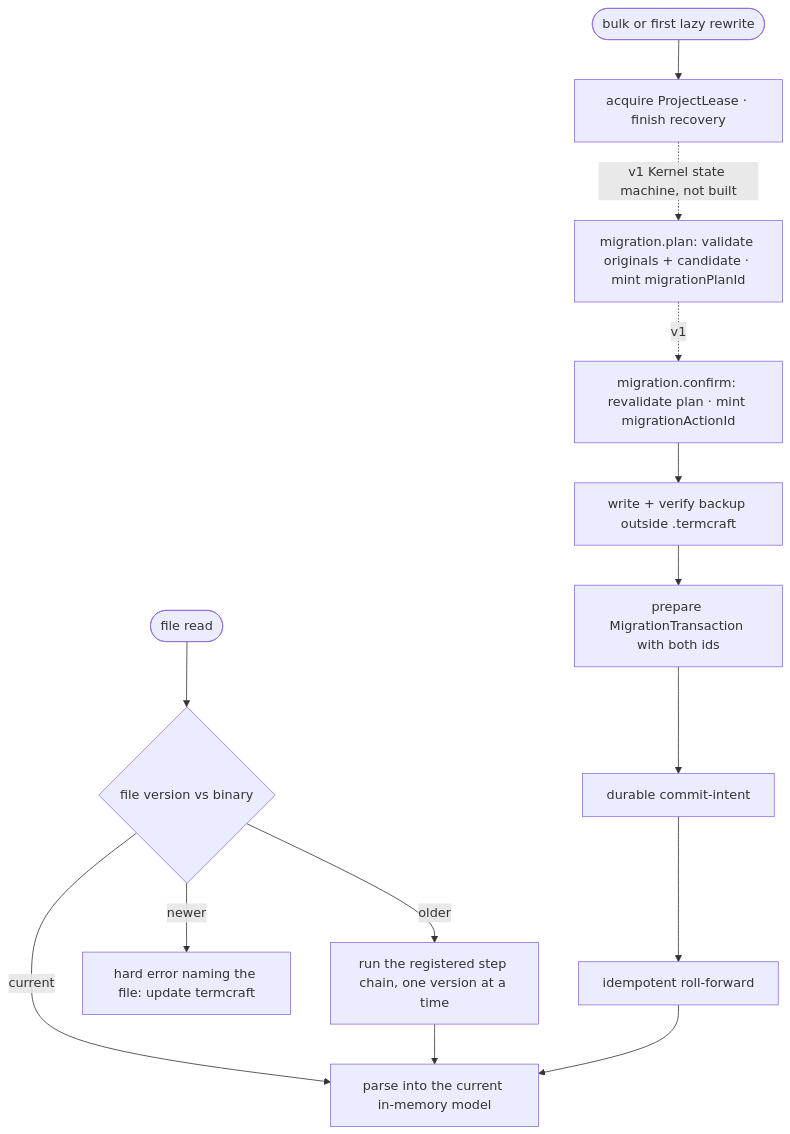
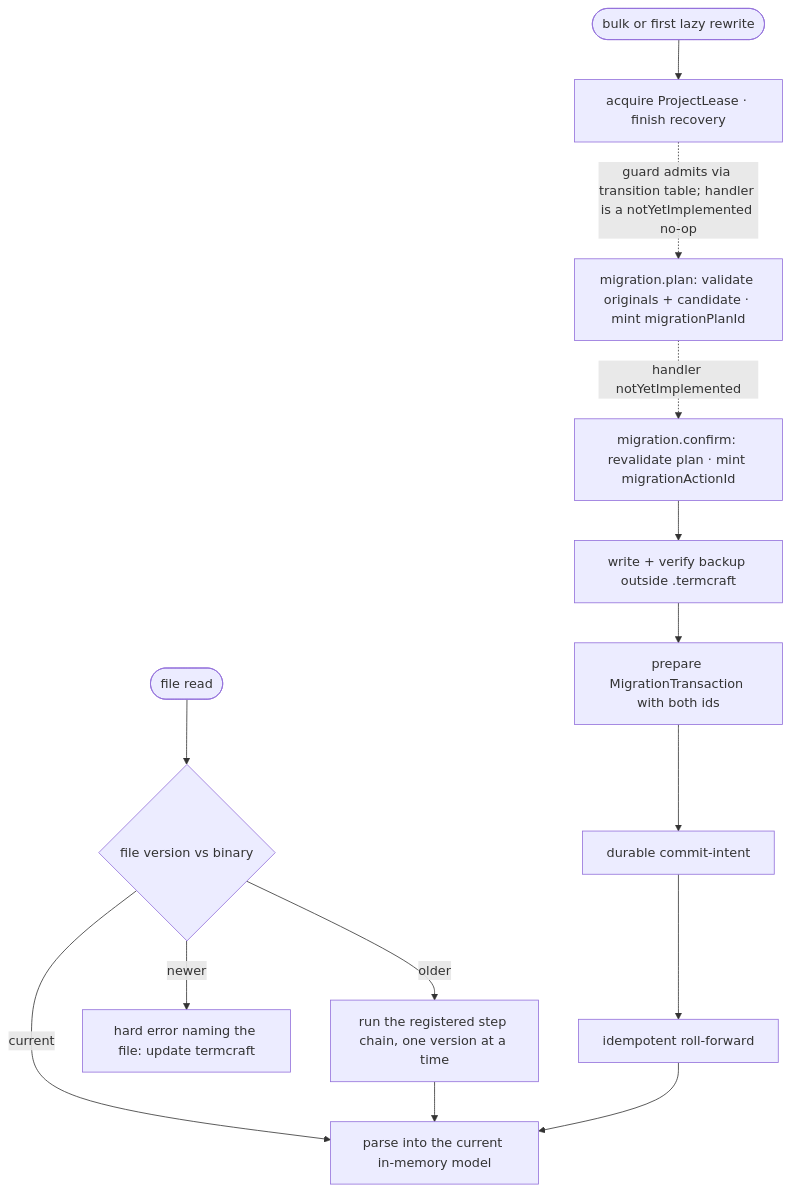
The diagram in docs/architecture/flows/migration.md (khmilevoi/termcraft), drawn with Mermaid before and after one commit. The commit also changed other lines of this file and 12 other files, not shown here.

First line of the commit message:
docs(architecture): source-anchor sweep after the MVP gap closeout

````diff
--- a/docs/architecture/flows/migration.md
+++ b/docs/architecture/flows/migration.md
@@ -3,17 +3,17 @@
 ```mermaid
 flowchart TD
     read(["file read"]) --> ver{"file version vs binary"}
     ver -- "current" --> use["parse into the current in-memory model"]
     ver -- "older" --> chain["run the registered step chain, one version at a time"]
     chain --> use
     ver -- "newer" --> err["hard error naming the file: update termcraft"]
 
     bulk(["bulk or first lazy rewrite"]) --> lease["acquire ProjectLease · finish recovery"]
-    lease -. "v1 Kernel state machine, not built" .-> plan["migration.plan: validate originals + candidate · mint migrationPlanId"]
-    plan -. "v1" .-> confirm["migration.confirm: revalidate plan · mint migrationActionId"]
+    lease -. "guard admits via transition table; handler is a notYetImplemented no-op" .-> plan["migration.plan: validate originals + candidate · mint migrationPlanId"]
+    plan -. "handler notYetImplemented" .-> confirm["migration.confirm: revalidate plan · mint migrationActionId"]
     confirm --> backup["write + verify backup outside .termcraft"]
     backup --> tx["prepare MigrationTransaction with both ids"]
     tx --> intent["durable commit-intent"]
     intent --> all["idempotent roll-forward"]
     all --> use
 ```
````
